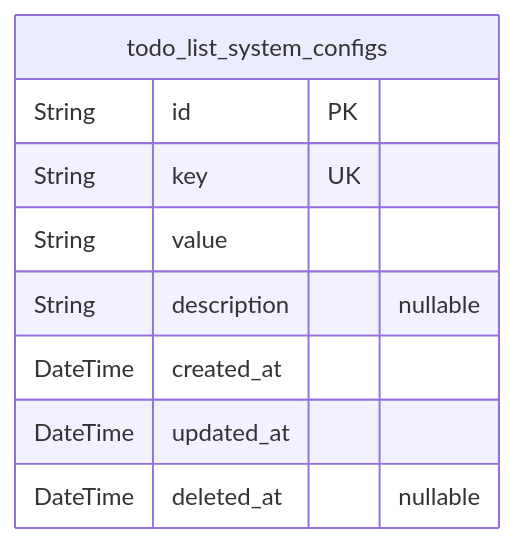
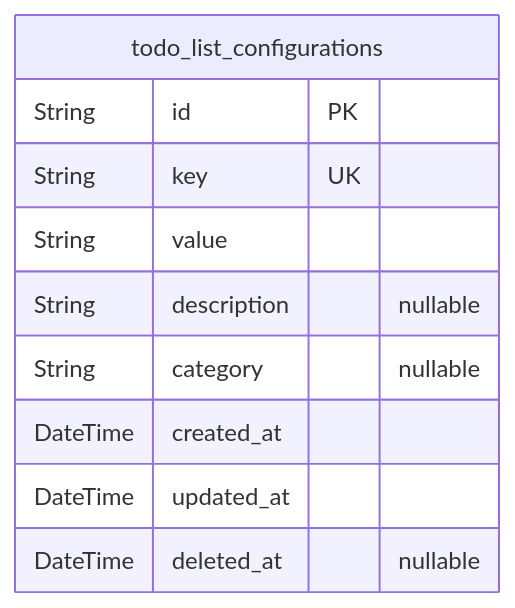
Before and after one commit to wrtnlabs/autobe-examples: the first of 3 diagrams in deepseek/deepseek-v3.1-terminus-exacto/todo/docs/ERD.md, drawn with Mermaid. The commit also changed other lines of this file and 1725 other files, not shown here.

````diff
--- a/deepseek/deepseek-v3.1-terminus-exacto/todo/docs/ERD.md
+++ b/deepseek/deepseek-v3.1-terminus-exacto/todo/docs/ERD.md
@@ -12,12 +11,13 @@
 ```mermaid
 erDiagram
-"todo_list_system_configs" {
+"todo_list_configurations" {
   String id PK
   String key UK
   String value
   String description "nullable"
+  String category "nullable"
   DateTime created_at
   DateTime updated_at
   DateTime deleted_at "nullable"
 }
 ```
````
